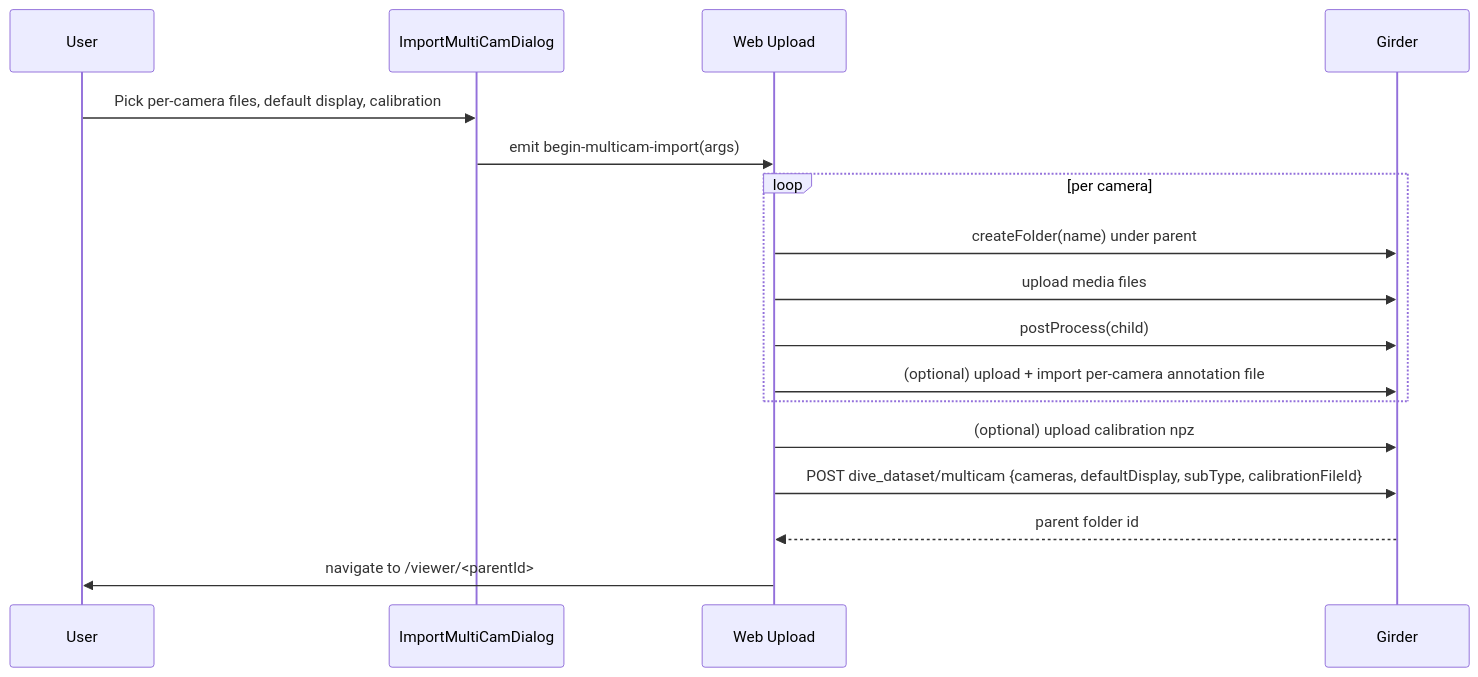
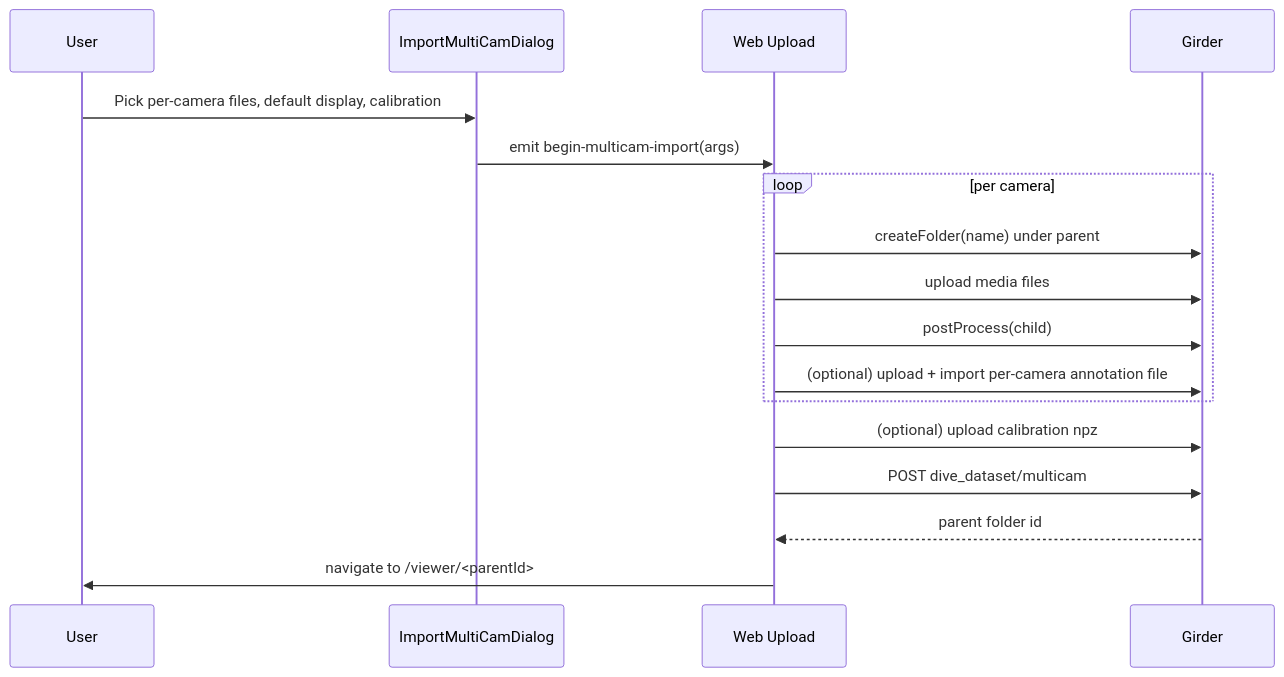
The second of 3 diagrams in WEB_MULTICAM_PLAN.MD (Kitware/dive), drawn with Mermaid before and after one commit. The commit also changed other lines of this file, not shown here.

````diff
--- a/WEB_MULTICAM_PLAN.MD
+++ b/WEB_MULTICAM_PLAN.MD
@@ -137,19 +124,19 @@
 ```mermaid
 sequenceDiagram
   participant U as User
   participant D as ImportMultiCamDialog
   participant W as Web Upload
   participant G as Girder
   U->>D: Pick per-camera files, default display, calibration
   D->>W: emit begin-multicam-import(args)
   loop per camera
     W->>G: createFolder(name) under parent
     W->>G: upload media files
     W->>G: postProcess(child)
     W->>G: (optional) upload + import per-camera annotation file
   end
   W->>G: (optional) upload calibration npz
-  W->>G: POST dive_dataset/multicam {cameras, defaultDisplay, subType, calibrationFileId}
+  W->>G: POST dive_dataset/multicam
   G-->>W: parent folder id
   W->>U: navigate to /viewer/<parentId>
 ```
````
